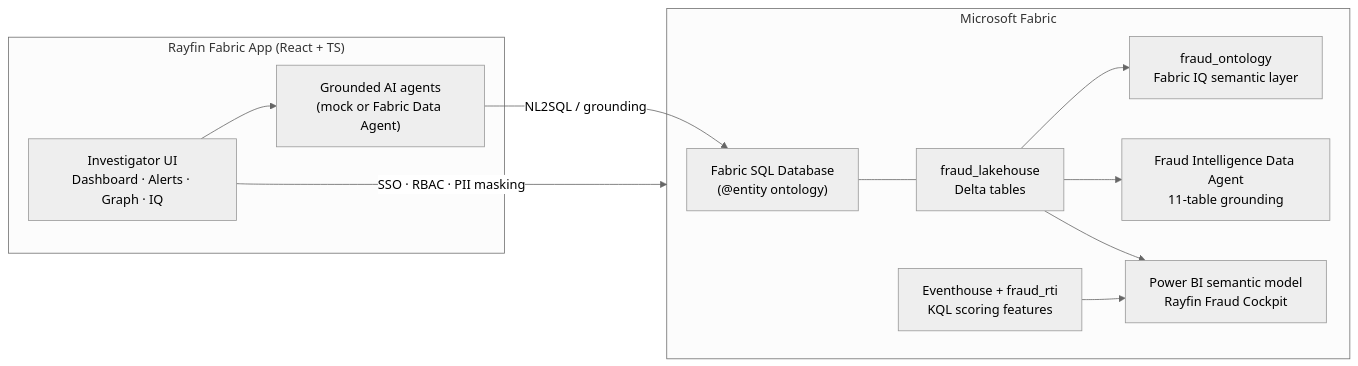
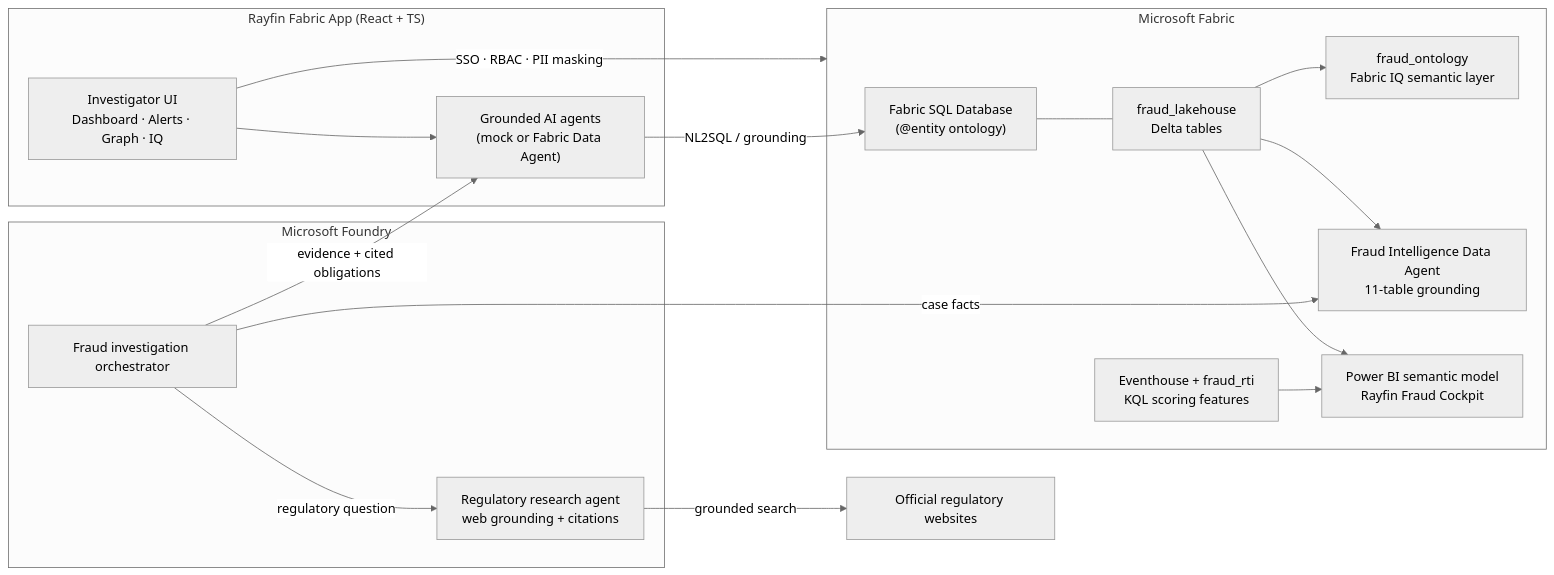
Before and after one commit to EtienneSIG/Fabric_Fraud_analysis: the diagram in README.md, drawn with Mermaid (neutral theme). The commit also changed other lines of this file and 14 other files, not shown here.

Commit message:
Add Foundry regulatory grounding deployment

````diff
--- a/README.md
+++ b/README.md
@@ -61,23 +63,32 @@
 ```mermaid
 flowchart LR
   subgraph App["Rayfin Fabric App (React + TS)"]
     UI["Investigator UI<br/>Dashboard · Alerts · Graph · IQ"]
     AG["Grounded AI agents<br/>(mock or Fabric Data Agent)"]
   end
   subgraph Fabric["Microsoft Fabric"]
     SQL["Fabric SQL Database<br/>(@entity ontology)"]
     LH["fraud_lakehouse<br/>Delta tables"]
     ONT["fraud_ontology<br/>Fabric IQ semantic layer"]
     DA["Fraud Intelligence Data Agent<br/>11-table grounding"]
     RT["Eventhouse + fraud_rti<br/>KQL scoring features"]
     BI["Power BI semantic model<br/>Rayfin Fraud Cockpit"]
   end
+  subgraph Foundry["Microsoft Foundry"]
+    ORCH["Fraud investigation orchestrator"]
+    REG["Regulatory research agent<br/>web grounding + citations"]
+  end
+  WEB["Official regulatory websites"]
   UI --> AG
   AG -->|NL2SQL / grounding| SQL
+  ORCH -->|case facts| DA
+  ORCH -->|regulatory question| REG
+  REG -->|grounded search| WEB
+  ORCH -->|evidence + cited obligations| AG
   SQL --- LH
   LH --> ONT
   LH --> DA
   RT --> BI
   LH --> BI
   UI -->|SSO · RBAC · PII masking| Fabric
 ```
````
